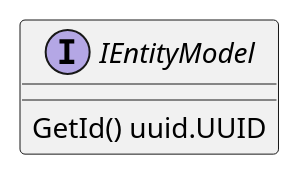
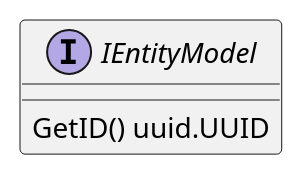
The diagram in docs/plantuml/interfaces/IEntityModel.puml (lf-edge/rol), drawn with PlantUML before and after one commit. The commit also changed 5 other files, not shown here.

```diff
--- a/docs/plantuml/interfaces/IEntityModel.puml
+++ b/docs/plantuml/interfaces/IEntityModel.puml
@@ -1,5 +1,5 @@
 @startuml IEntityModel
 interface IEntityModel {
-    GetId() uuid.UUID
+    GetID() uuid.UUID
 }
 @enduml
```
